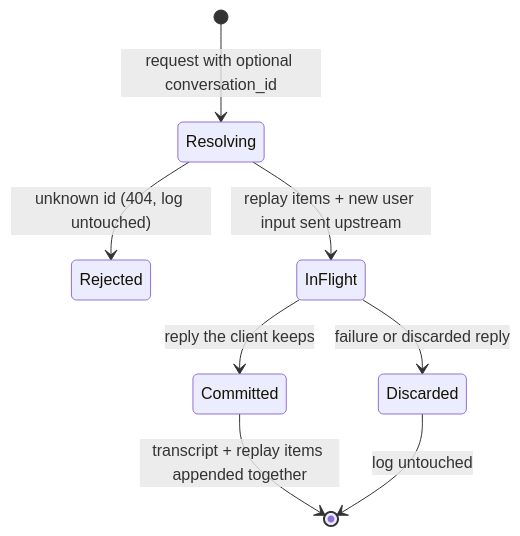
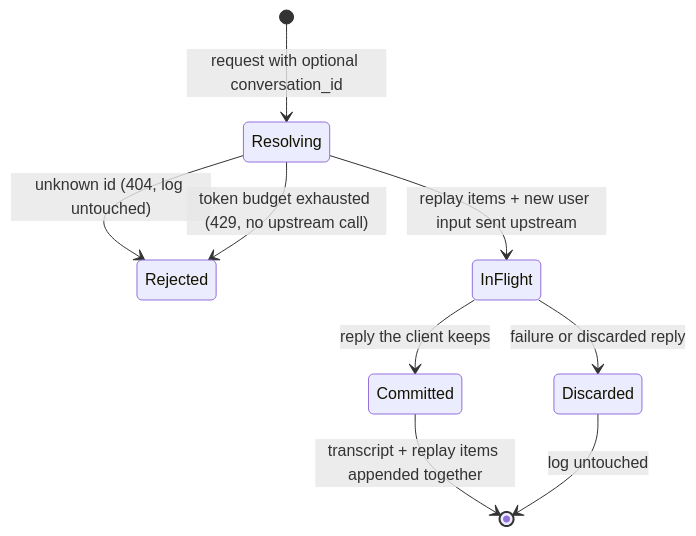
The diagram in docs/state-models/conversation-session-fsm.md (kehao-playground/azure-genai-backend-lab), drawn with Mermaid before and after one commit. The commit also changed other lines of this file and 20 other files, not shown here.

First line of the commit message:
feat: token budget guardrail — metered usage, per-conversation budget, output cap (Day 9)

````diff
--- a/docs/state-models/conversation-session-fsm.md
+++ b/docs/state-models/conversation-session-fsm.md
@@ -5,10 +5,11 @@
 ```mermaid
 stateDiagram-v2
     [*] --> Resolving: request with optional conversation_id
     Resolving --> Rejected: unknown id (404, log untouched)
+    Resolving --> Rejected: token budget exhausted (429, no upstream call)
     Resolving --> InFlight: replay items + new user input sent upstream
     InFlight --> Committed: reply the client keeps
     InFlight --> Discarded: failure or discarded reply
     Committed --> [*]: transcript + replay items appended together
     Discarded --> [*]: log untouched
 ```
````
